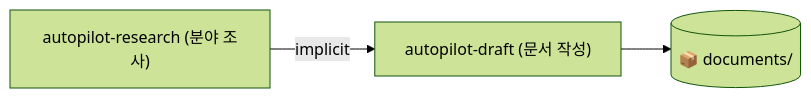
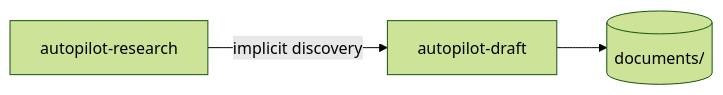
The second of 2 diagrams in adapters/claude/skills/autopilot-draft/README.md (dmlguq456/agent_setting), drawn with Mermaid (forest theme) before and after one commit. The commit also changed other lines of this file and 457 other files, not shown here.

````diff
--- a/adapters/claude/skills/autopilot-draft/README.md
+++ b/adapters/claude/skills/autopilot-draft/README.md
@@ -128,5 +132,5 @@
 ```mermaid
 flowchart LR
-    AR["autopilot-research (분야 조사)"] -->|implicit| AD["autopilot-draft (문서 작성)"]
-    AD --> OUT[("📦 documents/")]
+    AR["autopilot-research"] -->|implicit discovery| AD["autopilot-draft"]
+    AD --> OUT[("documents/")]
 ```
````
